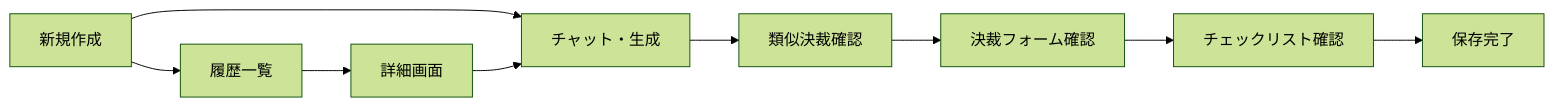
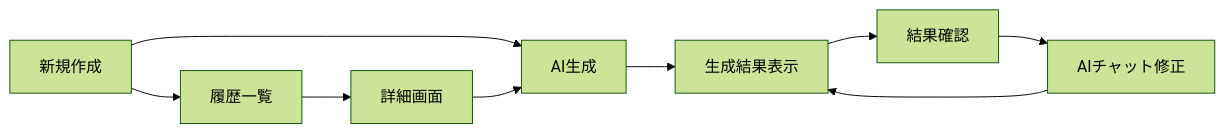
One commit to intaegi/ai_assist_project changed the third of 3 diagrams in docs/decision_rag_presentation_outline_ja.md. Above: the diagram before and after it, drawn with Mermaid (forest theme). The commit also changed other lines of this file and 10 other files, not shown here.

Commit message:
Align UI sections and update RAG flow docs

````diff
--- a/docs/decision_rag_presentation_outline_ja.md
+++ b/docs/decision_rag_presentation_outline_ja.md
@@ -81,11 +80,11 @@
 ```mermaid
 flowchart LR
-    A["新規作成"] --> B["チャット・生成"]
-    B --> C["類似決裁確認"]
-    C --> D["決裁フォーム確認"]
-    D --> E["チェックリスト確認"]
-    E --> F["保存完了"]
+    A["新規作成"] --> B["AI生成"]
+    B --> C["生成結果表示"]
+    C --> D["結果確認"]
+    D --> E["AIチャット修正"]
+    E --> C
     A --> G["履歴一覧"]
     G --> H["詳細画面"]
     H --> B
 ```
````
